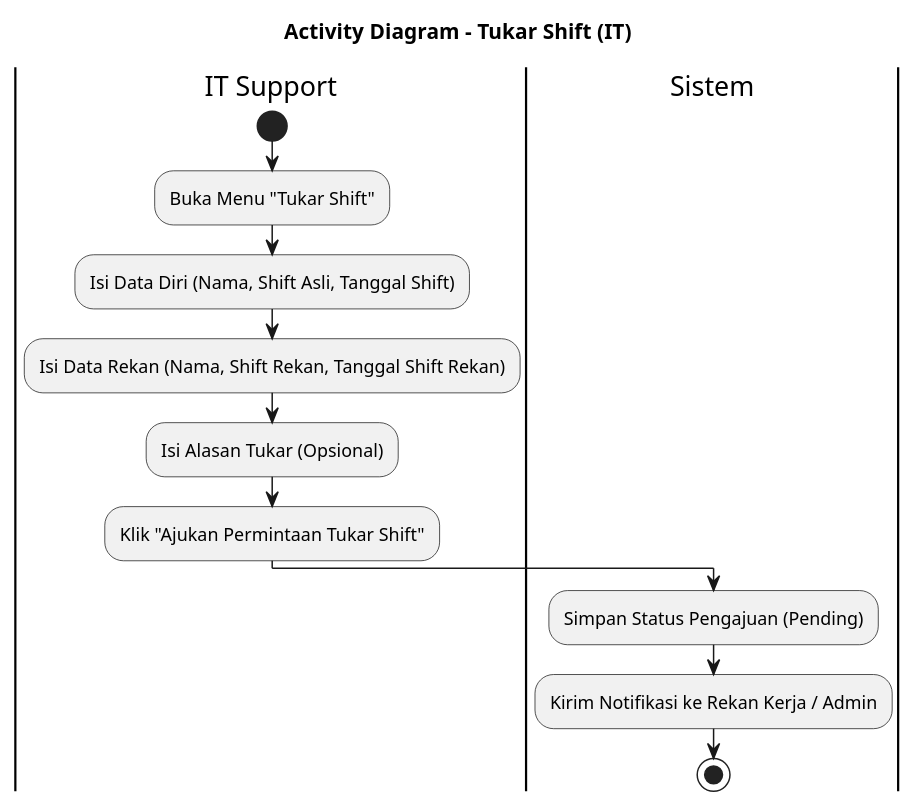
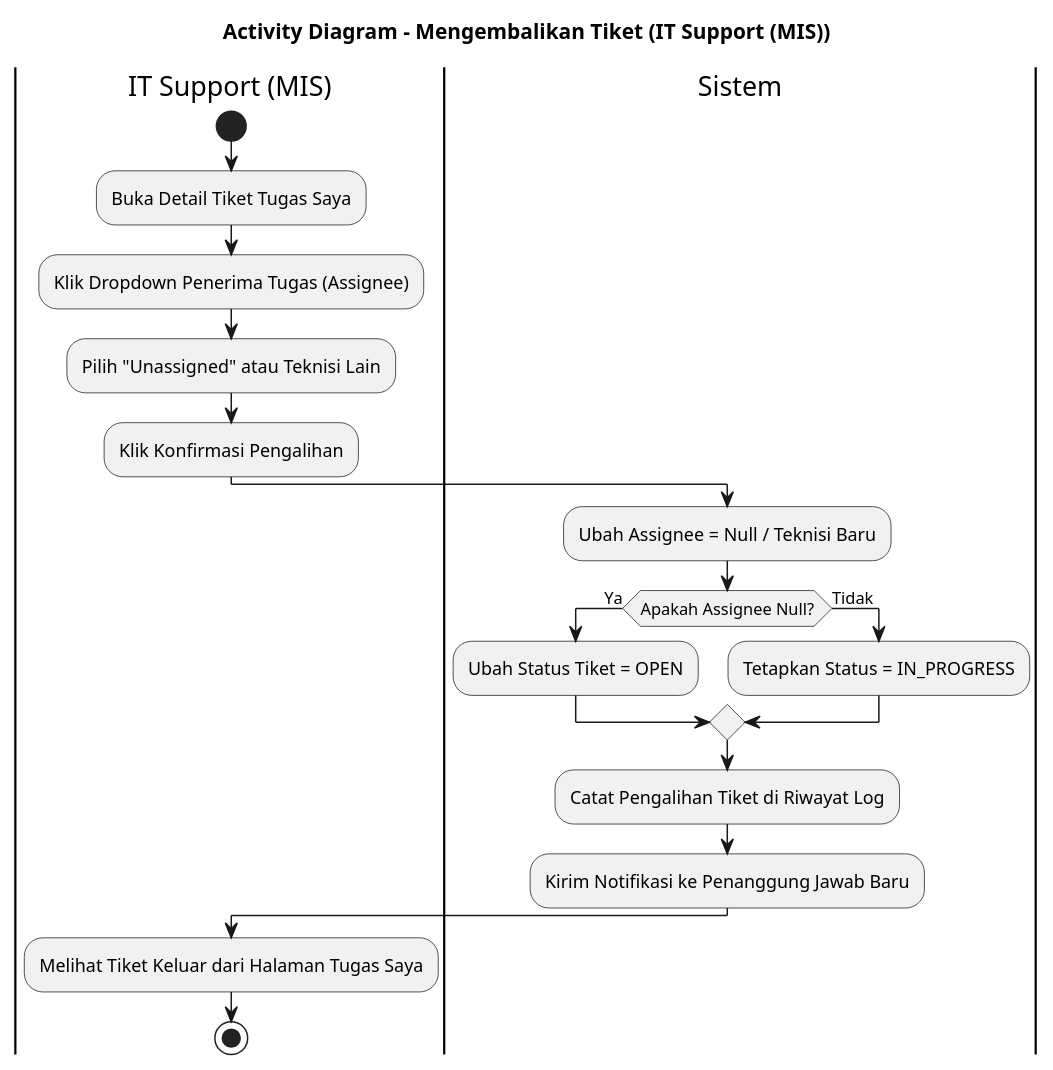
One commit to mrahmatfadila/bissmillah-skripsi-web changed diagram 12 of 14 in docs/activity-diagrams.puml. Above: the diagram before and after it, drawn with PlantUML. The commit also changed other lines of this file and 62 other files, not shown here.

```diff
--- a/docs/activity-diagrams.puml
+++ b/docs/activity-diagrams.puml
@@ -196,14 +216,21 @@
-@startuml activity_tukar_shift
-title Activity Diagram - Tukar Shift (IT)
-|IT Support|
+@startuml activity_mengembalikan_tiket
+title Activity Diagram - Mengembalikan Tiket (IT Support (MIS))
+|IT Support (MIS)|
 start
-:Buka Menu "Tukar Shift";
-:Isi Data Diri (Nama, Shift Asli, Tanggal Shift);
-:Isi Data Rekan (Nama, Shift Rekan, Tanggal Shift Rekan);
-:Isi Alasan Tukar (Opsional);
-:Klik "Ajukan Permintaan Tukar Shift";
+:Buka Detail Tiket Tugas Saya;
+:Klik Dropdown Penerima Tugas (Assignee);
+:Pilih "Unassigned" atau Teknisi Lain;
+:Klik Konfirmasi Pengalihan;
 |Sistem|
-:Simpan Status Pengajuan (Pending);
-:Kirim Notifikasi ke Rekan Kerja / Admin;
+:Ubah Assignee = Null / Teknisi Baru;
+if (Apakah Assignee Null?) then (Ya)
+  :Ubah Status Tiket = OPEN;
+else (Tidak)
+  :Tetapkan Status = IN_PROGRESS;
+endif
+:Catat Pengalihan Tiket di Riwayat Log;
+:Kirim Notifikasi ke Penanggung Jawab Baru;
+|IT Support (MIS)|
+:Melihat Tiket Keluar dari Halaman Tugas Saya;
 stop
 @enduml
```
